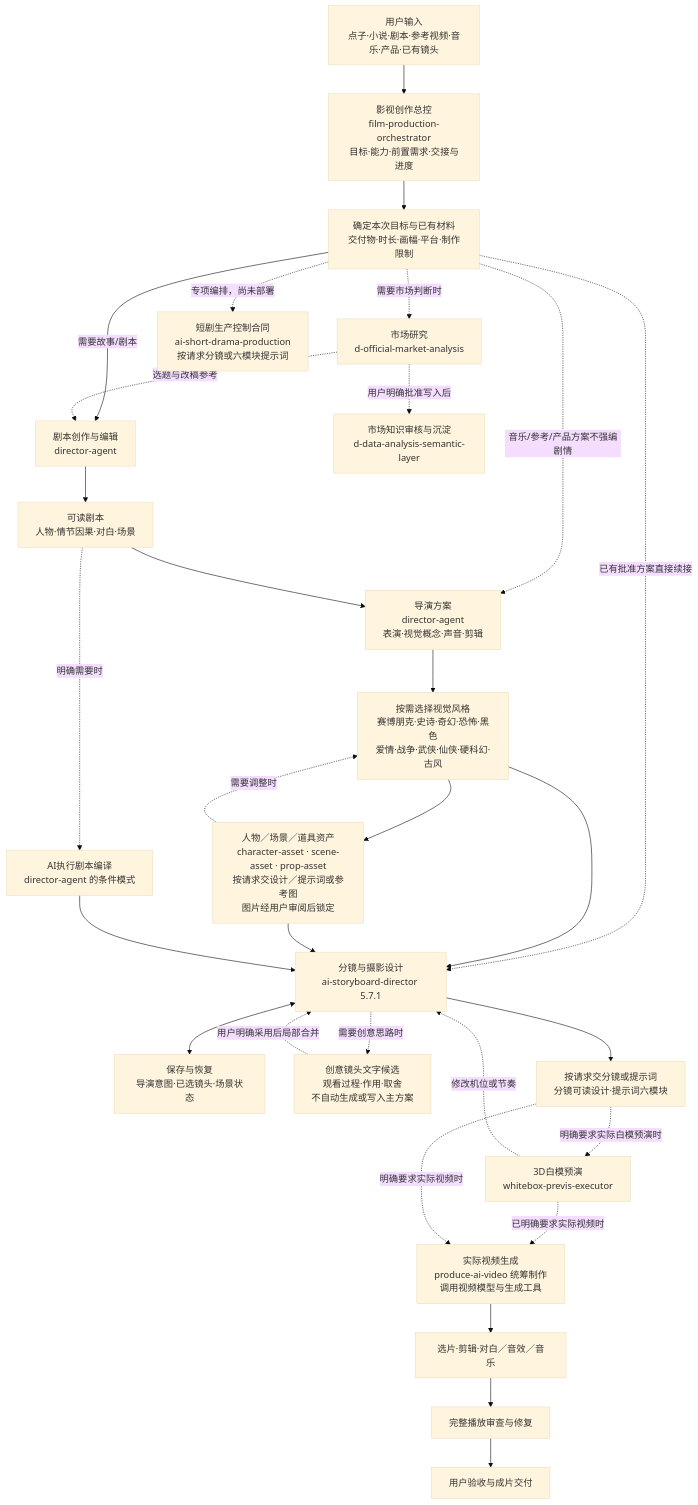
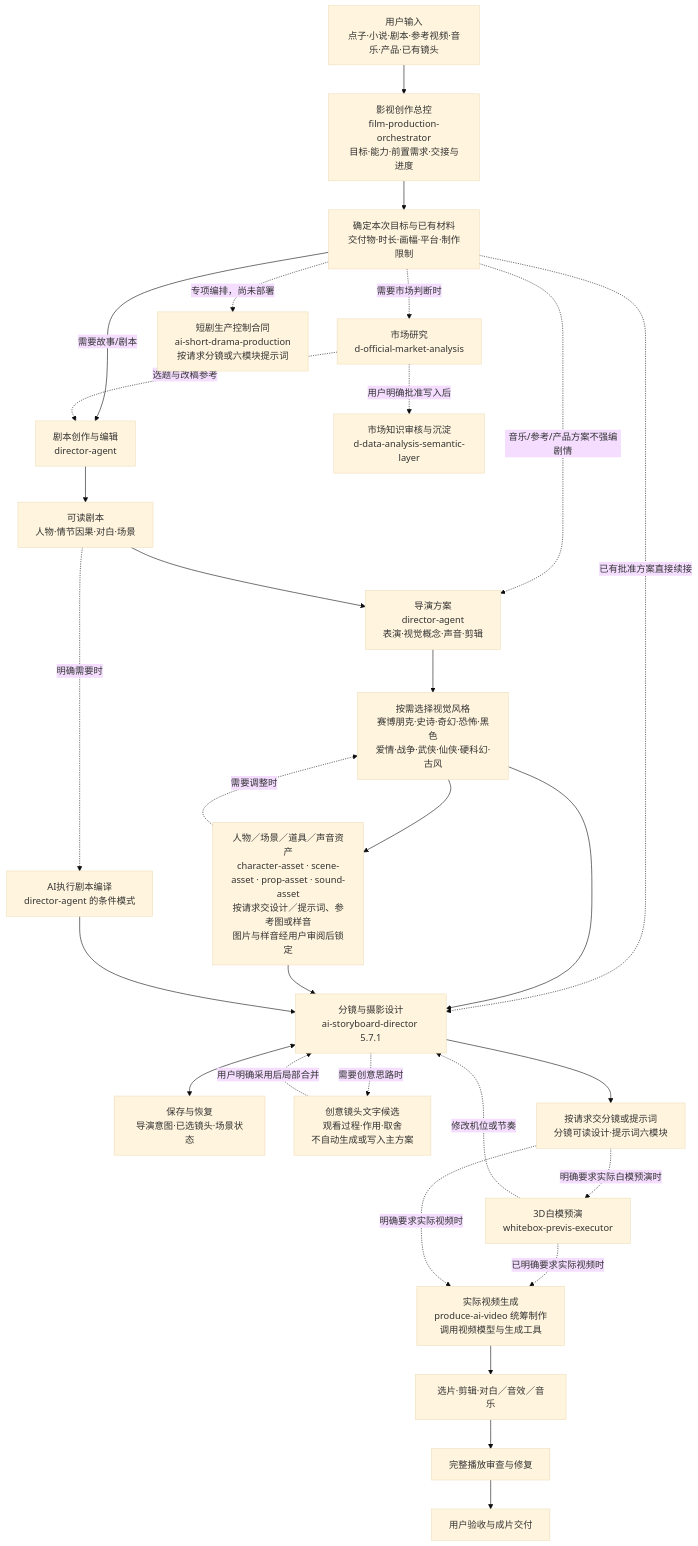
Before and after one commit to CreamyLong/ai-film-skills: the diagram in docs/assets/production-workflow.mmd, drawn with Mermaid (base theme). The commit also changed 95 other files, not shown here.

First line of the commit message:
Add sound-asset and short-drama packages with four-image character sheet

```diff
--- a/docs/assets/production-workflow.mmd
+++ b/docs/assets/production-workflow.mmd
@@ -1,30 +1,30 @@
 flowchart TB
     U["用户输入<br/>点子·小说·剧本·参考视频·音乐·产品·已有镜头"] --> O["影视创作总控<br/>film-production-orchestrator<br/>目标·能力·前置需求·交接与进度"]
     O --> T["确定本次目标与已有材料<br/>交付物·时长·画幅·平台·制作限制"]
     T -->|"需要故事/剧本"| W["剧本创作与编辑<br/>director-agent"]
     T -. "音乐/参考/产品方案不强编剧情" .-> D
     T -. "已有批准方案直接续接" .-> B
     T -. "需要市场判断时" .-> M["市场研究<br/>d-official-market-analysis"]
     M -. "选题与改稿参考" .-> W
     M -. "用户明确批准写入后" .-> K["市场知识审核与沉淀<br/>d-data-analysis-semantic-layer"]
     W --> S["可读剧本<br/>人物·情节因果·对白·场景"]
     S --> D["导演方案<br/>director-agent<br/>表演·视觉概念·声音·剪辑"]
     S -. "明确需要时" .-> X["AI执行剧本编译<br/>director-agent 的条件模式"]
     D --> V["按需选择视觉风格<br/>赛博朋克·史诗·奇幻·恐怖·黑色<br/>爱情·战争·武侠·仙侠·硬科幻·古风"]
-    V --> A["人物／场景／道具资产<br/>character-asset · scene-asset · prop-asset<br/>按请求交设计／提示词或参考图<br/>图片经用户审阅后锁定"]
+    V --> A["人物／场景／道具／声音资产<br/>character-asset · scene-asset · prop-asset · sound-asset<br/>按请求交设计／提示词、参考图或样音<br/>图片与样音经用户审阅后锁定"]
     A -. "需要调整时" .-> V
     V --> B["分镜与摄影设计<br/>ai-storyboard-director 5.7.1"]
     A --> B
     X --> B
     B <--> R["保存与恢复<br/>导演意图·已选镜头·场景状态"]
     B -. "需要创意思路时" .-> C["创意镜头文字候选<br/>观看过程·作用·取舍<br/>不自动生成或写入主方案"]
     C -. "用户明确采用后局部合并" .-> B
     B --> P["按请求交分镜或提示词<br/>分镜可读设计·提示词六模块"]
     P -. "明确要求实际白模预演时" .-> PRE["3D白模预演<br/>whitebox-previs-executor"]
     PRE -. "修改机位或节奏" .-> B
     PRE -. "已明确要求实际视频时" .-> G["实际视频生成<br/>produce-ai-video 统筹制作<br/>调用视频模型与生成工具"]
     P -. "明确要求实际视频时" .-> G
     G --> E["选片·剪辑·对白／音效／音乐"]
     E --> Q["完整播放审查与修复"]
     Q --> F["用户验收与成片交付"]
     T -. "专项编排，尚未部署" .-> SHORT["短剧生产控制合同<br/>ai-short-drama-production<br/>按请求分镜或六模块提示词"]
```
